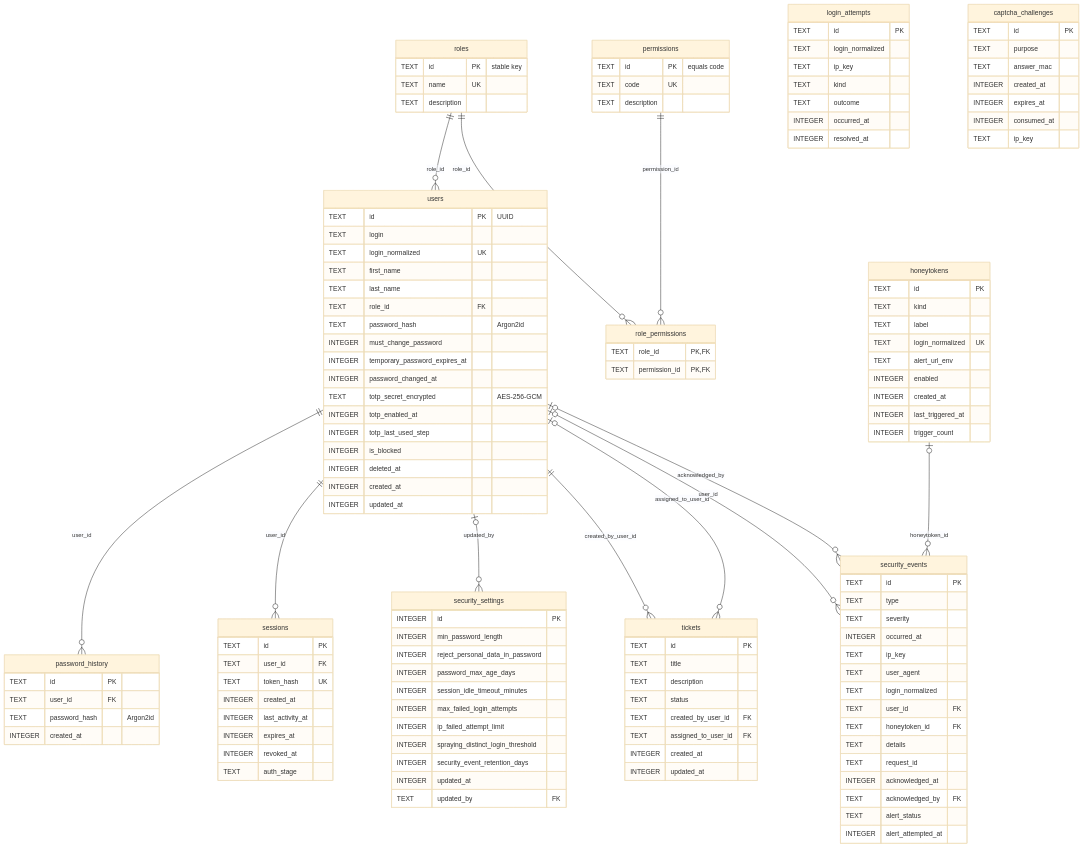
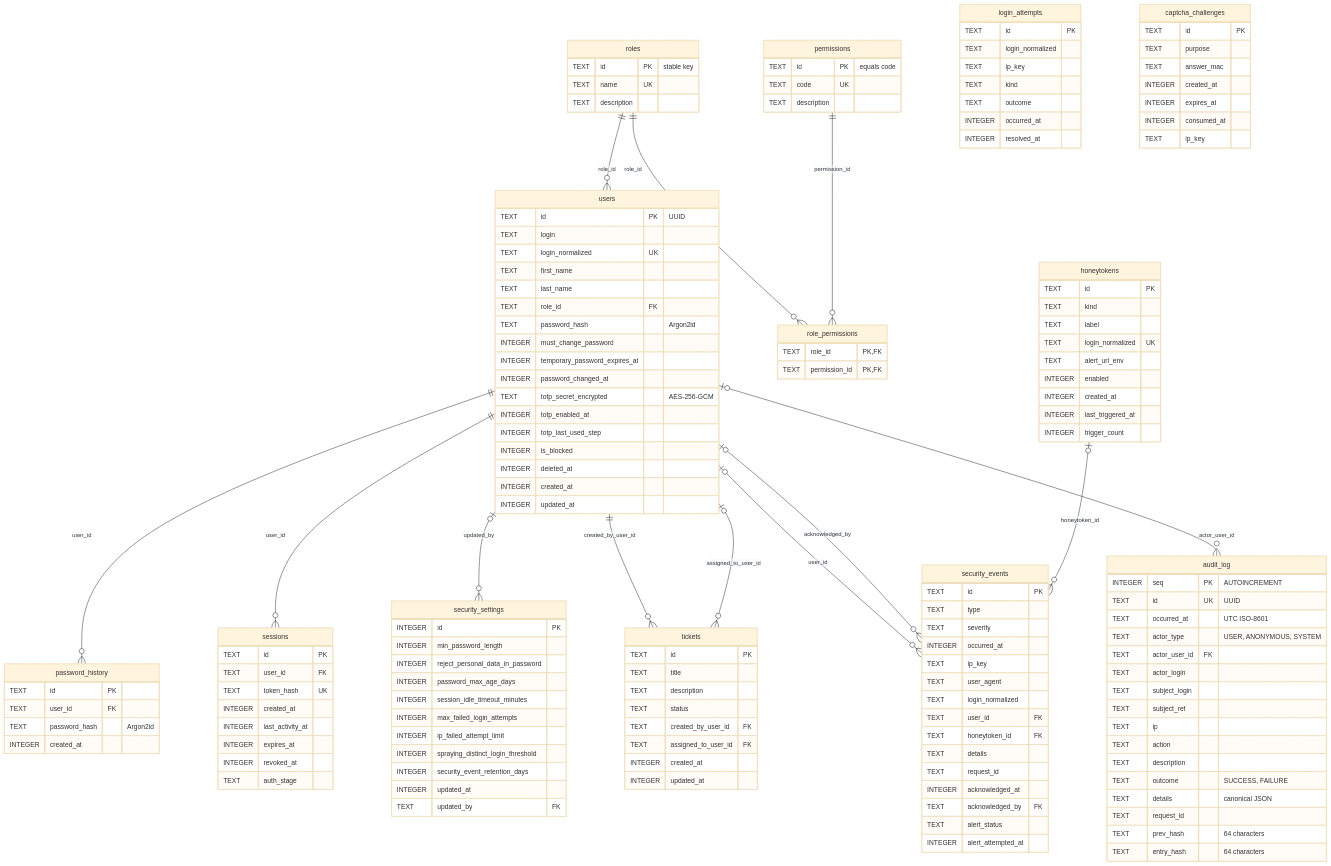
One commit to IgorK834/SecureDesk changed the diagram in docs/database-schema.mmd. Above: the diagram before and after it, drawn with Mermaid (base theme). The commit also changed 3 other files, not shown here.

Commit message:
docs: Updated architecture, ER schema and testing docs for the audit log

```diff
--- a/docs/database-schema.mmd
+++ b/docs/database-schema.mmd
@@ -1,131 +1,150 @@
 erDiagram
     roles ||--o{ users : "role_id"
     roles ||--o{ role_permissions : "role_id"
     permissions ||--o{ role_permissions : "permission_id"
     users ||--o{ password_history : "user_id"
     users ||--o{ sessions : "user_id"
     users |o--o{ security_settings : "updated_by"
     users ||--o{ tickets : "created_by_user_id"
     users |o--o{ tickets : "assigned_to_user_id"
     users |o--o{ security_events : "user_id"
     users |o--o{ security_events : "acknowledged_by"
     honeytokens |o--o{ security_events : "honeytoken_id"
+    users |o--o{ audit_log : "actor_user_id"
 
     roles {
         TEXT id PK "stable key"
         TEXT name UK
         TEXT description
     }
     permissions {
         TEXT id PK "equals code"
         TEXT code UK
         TEXT description
     }
     role_permissions {
         TEXT role_id PK,FK
         TEXT permission_id PK,FK
     }
     users {
         TEXT id PK "UUID"
         TEXT login
         TEXT login_normalized UK
         TEXT first_name
         TEXT last_name
         TEXT role_id FK
         TEXT password_hash "Argon2id"
         INTEGER must_change_password
         INTEGER temporary_password_expires_at
         INTEGER password_changed_at
         TEXT totp_secret_encrypted "AES-256-GCM"
         INTEGER totp_enabled_at
         INTEGER totp_last_used_step
         INTEGER is_blocked
         INTEGER deleted_at
         INTEGER created_at
         INTEGER updated_at
     }
     password_history {
         TEXT id PK
         TEXT user_id FK
         TEXT password_hash "Argon2id"
         INTEGER created_at
     }
     sessions {
         TEXT id PK
         TEXT user_id FK
         TEXT token_hash UK
         INTEGER created_at
         INTEGER last_activity_at
         INTEGER expires_at
         INTEGER revoked_at
         TEXT auth_stage
     }
     security_settings {
         INTEGER id PK
         INTEGER min_password_length
         INTEGER reject_personal_data_in_password
         INTEGER password_max_age_days
         INTEGER session_idle_timeout_minutes
         INTEGER max_failed_login_attempts
         INTEGER ip_failed_attempt_limit
         INTEGER spraying_distinct_login_threshold
         INTEGER security_event_retention_days
         INTEGER updated_at
         TEXT updated_by FK
     }
     tickets {
         TEXT id PK
         TEXT title
         TEXT description
         TEXT status
         TEXT created_by_user_id FK
         TEXT assigned_to_user_id FK
         INTEGER created_at
         INTEGER updated_at
     }
     login_attempts {
         TEXT id PK
         TEXT login_normalized
         TEXT ip_key
         TEXT kind
         TEXT outcome
         INTEGER occurred_at
         INTEGER resolved_at
     }
     security_events {
         TEXT id PK
         TEXT type
         TEXT severity
         INTEGER occurred_at
         TEXT ip_key
         TEXT user_agent
         TEXT login_normalized
         TEXT user_id FK
         TEXT honeytoken_id FK
         TEXT details
         TEXT request_id
         INTEGER acknowledged_at
         TEXT acknowledged_by FK
         TEXT alert_status
         INTEGER alert_attempted_at
     }
+    audit_log {
+        INTEGER seq PK "AUTOINCREMENT"
+        TEXT id UK "UUID"
+        TEXT occurred_at "UTC ISO-8601"
+        TEXT actor_type "USER, ANONYMOUS, SYSTEM"
+        TEXT actor_user_id FK
+        TEXT actor_login
+        TEXT subject_login
+        TEXT subject_ref
+        TEXT ip
+        TEXT action
+        TEXT description
+        TEXT outcome "SUCCESS, FAILURE"
+        TEXT details "canonical JSON"
+        TEXT request_id
+        TEXT prev_hash "64 characters"
+        TEXT entry_hash "64 characters"
+    }
     honeytokens {
         TEXT id PK
         TEXT kind
         TEXT label
         TEXT login_normalized UK
         TEXT alert_url_env
         INTEGER enabled
         INTEGER created_at
         INTEGER last_triggered_at
         INTEGER trigger_count
     }
     captcha_challenges {
         TEXT id PK
         TEXT purpose
         TEXT answer_mac
         INTEGER created_at
         INTEGER expires_at
         INTEGER consumed_at
         TEXT ip_key
     }
```
